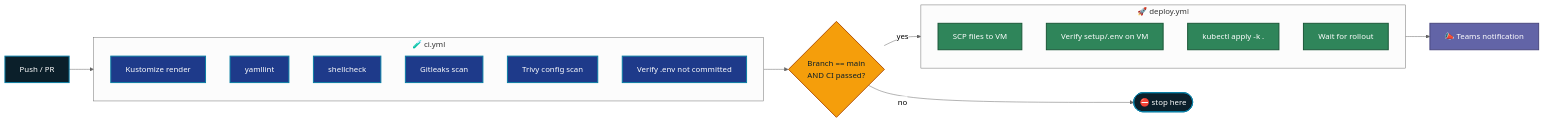
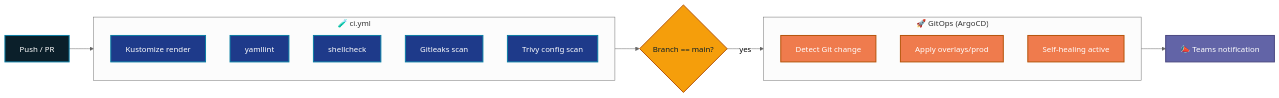
One commit to IntegrationProject-Groep1/Infra changed the second of 2 diagrams in README.md. Above: the diagram before and after it, drawn with Mermaid (neutral theme). The commit also changed other lines of this file and 8 other files, not shown here.

````diff
--- a/README.md
+++ b/README.md
@@ -259,35 +234,32 @@
 ```mermaid
 flowchart LR
     classDef trig    fill:#0b1f2a,color:#fff,stroke:#0a7ea4,stroke-width:2px;
     classDef ci      fill:#1e3a8a,color:#fff,stroke:#0a7ea4,stroke-width:2px;
     classDef gate    fill:#f59e0b,color:#0b1f2a,stroke:#b45309,stroke-width:2px;
-    classDef deploy  fill:#2f855a,color:#fff,stroke:#1a5738,stroke-width:2px;
+    classDef deploy  fill:#EF7B4D,color:#fff,stroke:#b45309,stroke-width:2px;
     classDef notify  fill:#6264a7,color:#fff,stroke:#4a4880,stroke-width:2px;
 
     PUSH[Push / PR]:::trig --> CI
 
     subgraph CI["🧪 ci.yml"]
         direction TB
         K[Kustomize render]:::ci
         Y[yamllint]:::ci
         S[shellcheck]:::ci
         G[Gitleaks scan]:::ci
         T[Trivy config scan]:::ci
-        E[Verify .env not committed]:::ci
     end
 
-    CI --> GATE{Branch == main\nAND CI passed?}:::gate
+    CI --> GATE{Branch == main?}:::gate
 
-    GATE -->|no| STOP([⛔ stop here]):::trig
-    GATE -->|yes| DEPLOY
+    GATE -->|yes| ARGOCD
 
-    subgraph DEPLOY["🚀 deploy.yml"]
+    subgraph ARGOCD["🚀 GitOps (ArgoCD)"]
         direction TB
-        SCP[SCP files to VM]:::deploy
-        ENV[Verify setup/.env on VM]:::deploy
-        APPLY[kubectl apply -k .]:::deploy
-        WAIT[Wait for rollout]:::deploy
+        SYNC[Detect Git change]:::deploy
+        APPLY[Apply overlays/prod]:::deploy
+        HEAL[Self-healing active]:::deploy
     end
 
-    DEPLOY --> TEAMS[📣 Teams notification]:::notify
+    ARGOCD --> TEAMS[📣 Teams notification]:::notify
 ```
````
